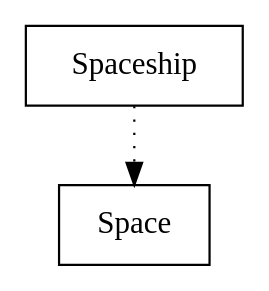
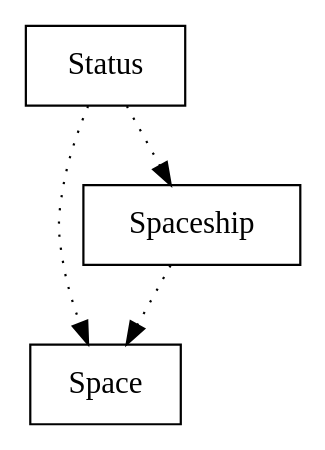
One commit to gayashanbc/space_and_steroids_game changed the diagram in bdp/Coursework.dot. Above: the diagram before and after it, drawn with Graphviz. The commit also changed 9 other files, not shown here.

```diff
--- a/bdp/Coursework.dot
+++ b/bdp/Coursework.dot
@@ -1,6 +1,9 @@
 digraph {
 Space [ label=" Space " shape= box ]
 Spaceship [ label=" Spaceship " shape= box ]
+Status [ label=" Status " shape= box ]
 
 "Spaceship" -> "Space" [style= dotted ]
+"Status" -> "Space" [style= dotted ]
+"Status" -> "Spaceship" [style= dotted ]
 }
```
